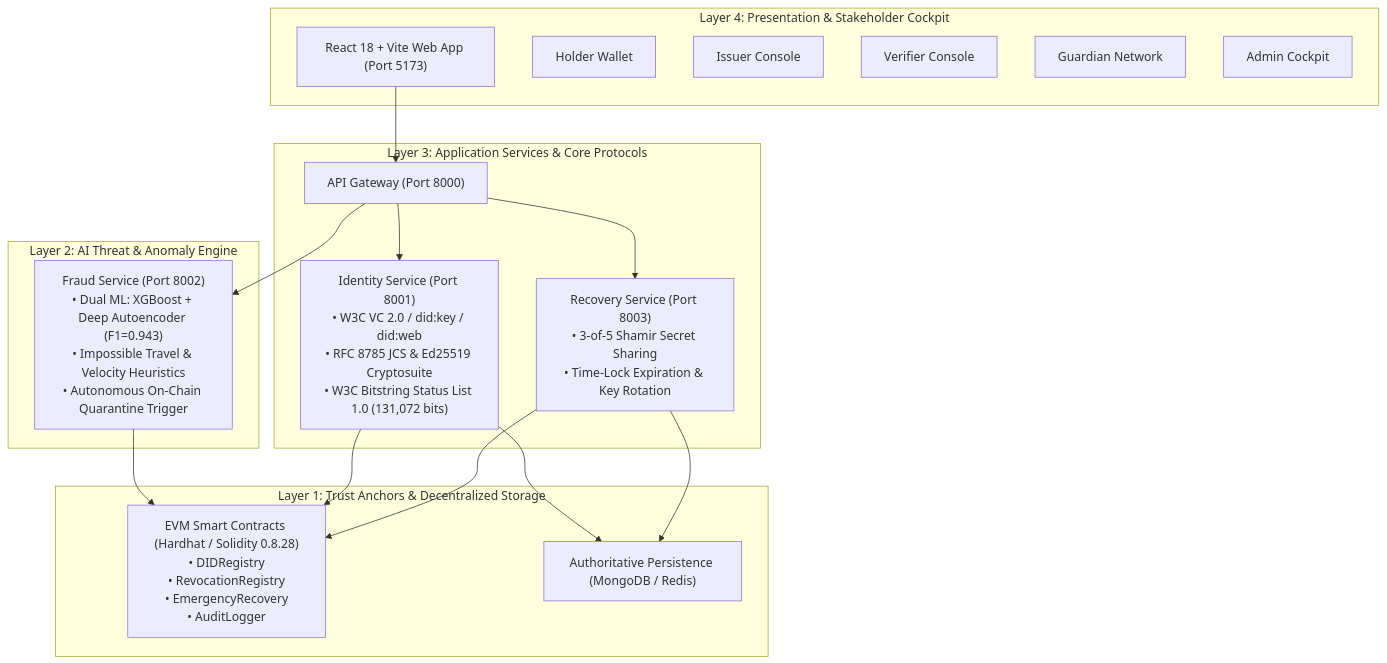
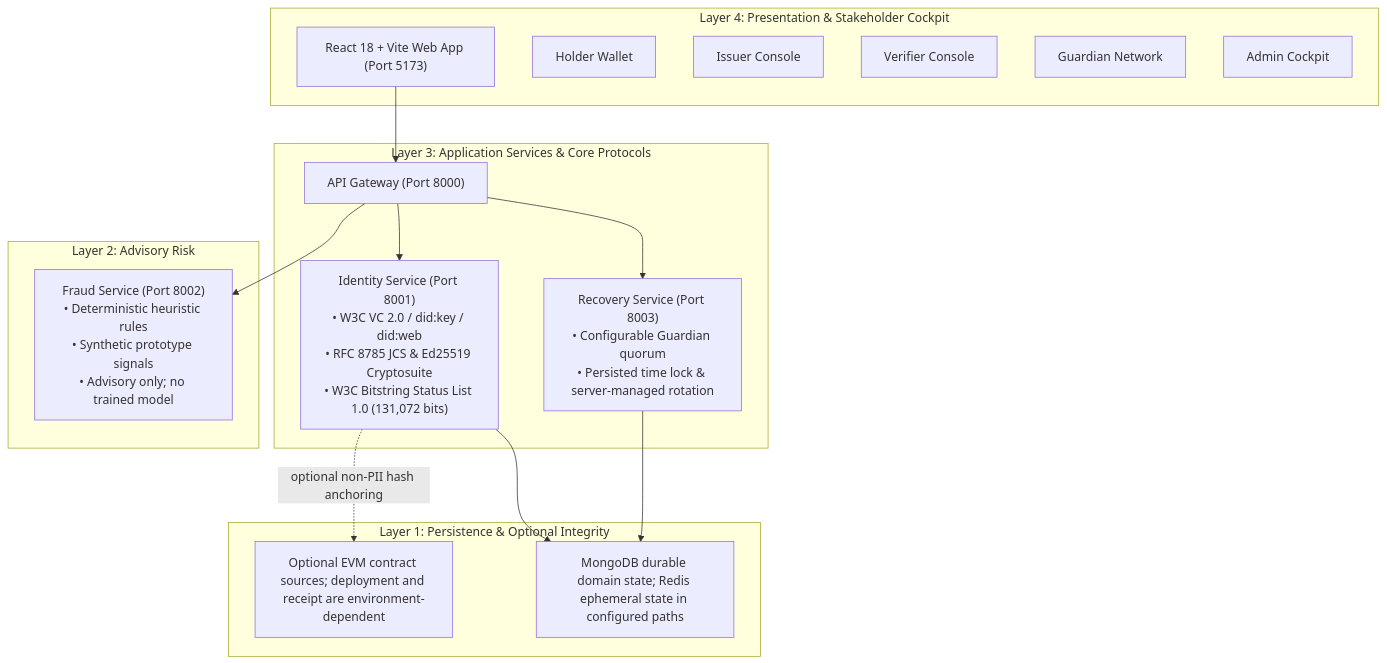
One commit to charafeddine99/secure-ssi-platform changed the diagram in README.md. Above: the diagram before and after it, drawn with Mermaid. The commit also changed other lines of this file and 251 other files, not shown here.

````diff
--- a/README.md
+++ b/README.md
@@ -20,36 +21,34 @@
 ```mermaid
 graph TD
     subgraph L4["Layer 4: Presentation & Stakeholder Cockpit"]
         UI["React 18 + Vite Web App (Port 5173)"]
         Holder["Holder Wallet"]
         Issuer["Issuer Console"]
         Verifier["Verifier Console"]
         Guardian["Guardian Network"]
         Admin["Admin Cockpit"]
     end
 
     subgraph L3["Layer 3: Application Services & Core Protocols"]
         GW["API Gateway (Port 8000)"]
         ID["Identity Service (Port 8001)\n• W3C VC 2.0 / did:key / did:web\n• RFC 8785 JCS & Ed25519 Cryptosuite\n• W3C Bitstring Status List 1.0 (131,072 bits)"]
-        REC["Recovery Service (Port 8003)\n• 3-of-5 Shamir Secret Sharing\n• Time-Lock Expiration & Key Rotation"]
+        REC["Recovery Service (Port 8003)\n• Configurable Guardian quorum\n• Persisted time lock & server-managed rotation"]
     end
 
-    subgraph L2["Layer 2: AI Threat & Anomaly Engine"]
-        FRAUD["Fraud Service (Port 8002)\n• Dual ML: XGBoost + Deep Autoencoder (F1=0.943)\n• Impossible Travel & Velocity Heuristics\n• Autonomous On-Chain Quarantine Trigger"]
+    subgraph L2["Layer 2: Advisory Risk"]
+        FRAUD["Fraud Service (Port 8002)\n• Deterministic heuristic rules\n• Synthetic prototype signals\n• Advisory only; no trained model"]
     end
 
-    subgraph L1["Layer 1: Trust Anchors & Decentralized Storage"]
-        EVM["EVM Smart Contracts (Hardhat / Solidity 0.8.28)\n• DIDRegistry\n• RevocationRegistry\n• EmergencyRecovery\n• AuditLogger"]
-        DB["Authoritative Persistence (MongoDB / Redis)"]
+    subgraph L1["Layer 1: Persistence & Optional Integrity"]
+        EVM["Optional EVM contract sources; deployment and receipt are environment-dependent"]
+        DB["MongoDB durable domain state; Redis ephemeral state in configured paths"]
     end
 
     UI --> GW
     GW --> ID
     GW --> FRAUD
     GW --> REC
     ID --> DB
     REC --> DB
-    FRAUD --> EVM
-    ID --> EVM
-    REC --> EVM
+    ID -. optional non-PII hash anchoring .-> EVM
 ```
````
